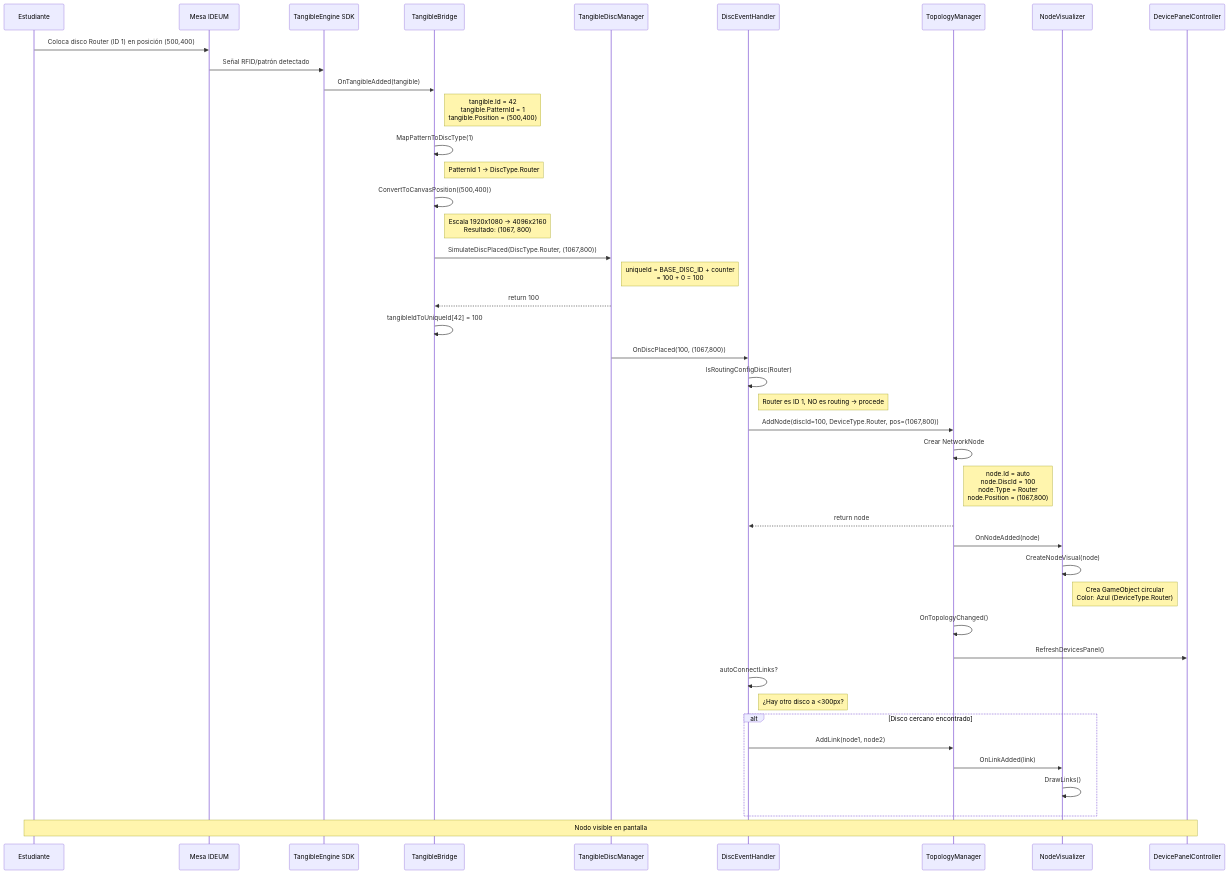
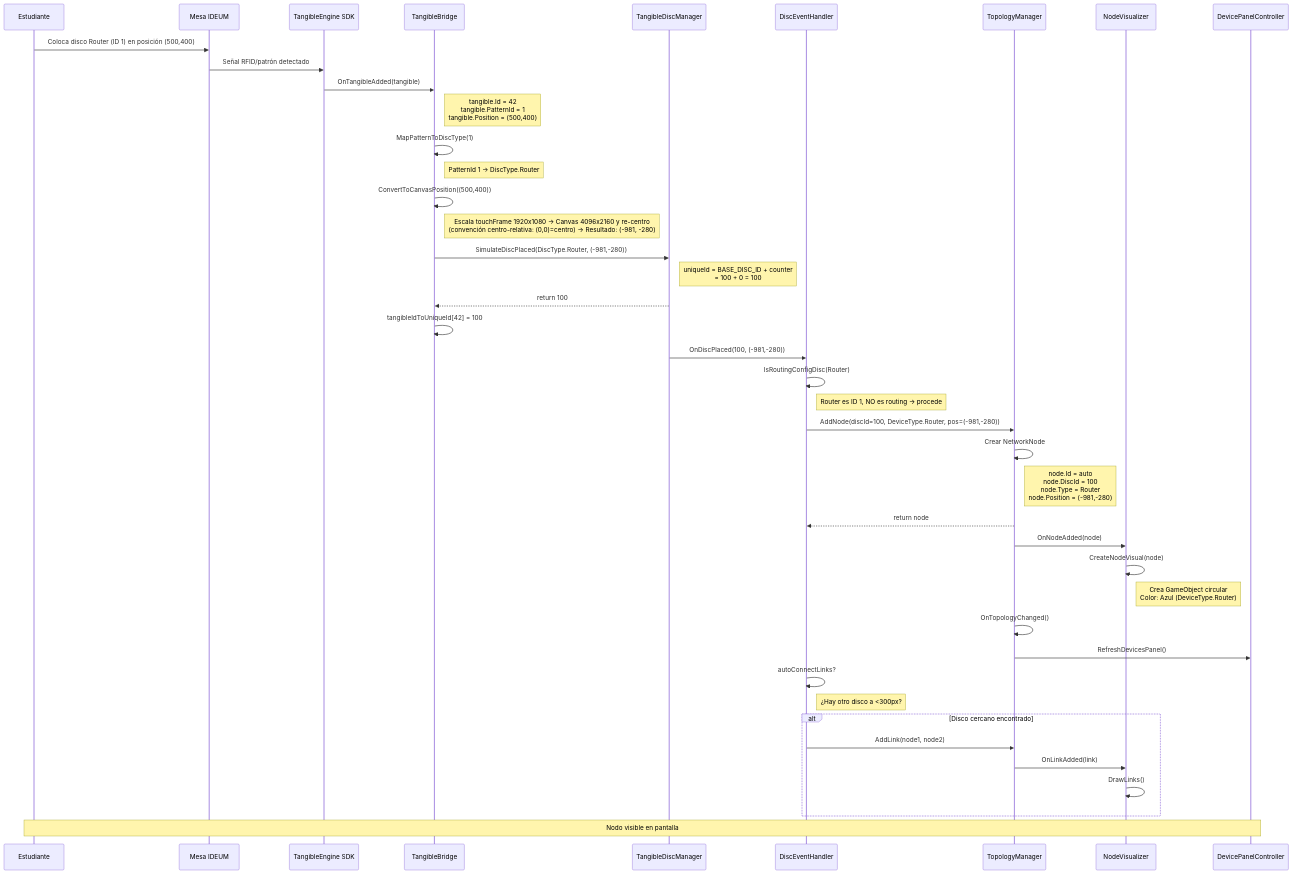
Before and after one commit to Josmarinr/ProyectoGI_SimuladorRedesIDEUM: the first of 2 diagrams in docs/diagrams/mermaid/09-sequence-disc-placement.md, drawn with Mermaid. The commit also changed 28 other files, not shown here.

````diff
--- a/docs/diagrams/mermaid/09-sequence-disc-placement.md
+++ b/docs/diagrams/mermaid/09-sequence-disc-placement.md
@@ -5,59 +5,59 @@
 ```mermaid
 sequenceDiagram
     participant Estudiante
     participant Mesa as Mesa IDEUM
     participant TE as TangibleEngine SDK
     participant TB as TangibleBridge
     participant TDM as TangibleDiscManager
     participant DEH as DiscEventHandler
     participant TM as TopologyManager
     participant NV as NodeVisualizer
     participant DP as DevicePanelController
 
     Estudiante->>Mesa: Coloca disco Router (ID 1) en posición (500,400)
     Mesa->>TE: Señal RFID/patrón detectado
     TE->>TB: OnTangibleAdded(tangible)
     Note right of TB: tangible.Id = 42<br/>tangible.PatternId = 1<br/>tangible.Position = (500,400)
 
     TB->>TB: MapPatternToDiscType(1)
     Note right of TB: PatternId 1 → DiscType.Router
 
     TB->>TB: ConvertToCanvasPosition((500,400))
-    Note right of TB: Escala 1920x1080 → 4096x2160<br/>Resultado: (1067, 800)
+    Note right of TB: Escala touchFrame 1920x1080 → Canvas 4096x2160 y re-centro<br/>(convención centro-relativa: (0,0)=centro) → Resultado: (-981, -280)
 
-    TB->>TDM: SimulateDiscPlaced(DiscType.Router, (1067,800))
+    TB->>TDM: SimulateDiscPlaced(DiscType.Router, (-981,-280))
     Note right of TDM: uniqueId = BASE_DISC_ID + counter<br/>= 100 + 0 = 100
 
     TDM-->>TB: return 100
     TB->>TB: tangibleIdToUniqueId[42] = 100
 
-    TDM->>DEH: OnDiscPlaced(100, (1067,800))
+    TDM->>DEH: OnDiscPlaced(100, (-981,-280))
 
     DEH->>DEH: IsRoutingConfigDisc(Router)
     Note right of DEH: Router es ID 1, NO es routing → procede
 
-    DEH->>TM: AddNode(discId=100, DeviceType.Router, pos=(1067,800))
+    DEH->>TM: AddNode(discId=100, DeviceType.Router, pos=(-981,-280))
 
     TM->>TM: Crear NetworkNode
-    Note right of TM: node.Id = auto<br/>node.DiscId = 100<br/>node.Type = Router<br/>node.Position = (1067,800)
+    Note right of TM: node.Id = auto<br/>node.DiscId = 100<br/>node.Type = Router<br/>node.Position = (-981,-280)
 
     TM-->>DEH: return node
     TM->>NV: OnNodeAdded(node)
 
     NV->>NV: CreateNodeVisual(node)
     Note right of NV: Crea GameObject circular<br/>Color: Azul (DeviceType.Router)
 
     TM->>TM: OnTopologyChanged()
     TM->>DP: RefreshDevicesPanel()
 
     DEH->>DEH: autoConnectLinks?
     Note right of DEH: ¿Hay otro disco a <300px?
 
     alt Disco cercano encontrado
         DEH->>TM: AddLink(node1, node2)
         TM->>NV: OnLinkAdded(link)
         NV->>NV: DrawLinks()
     end
 
     Note over Estudiante,DP: Nodo visible en pantalla
 ```
````
